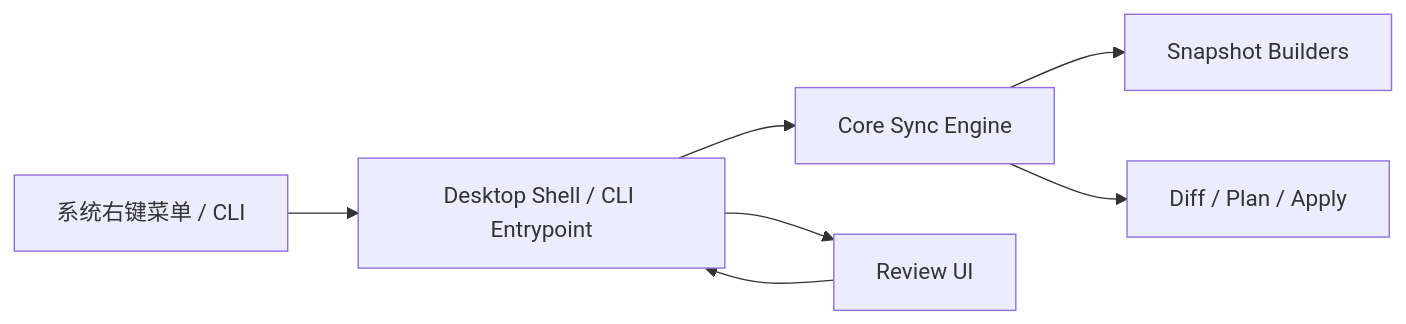
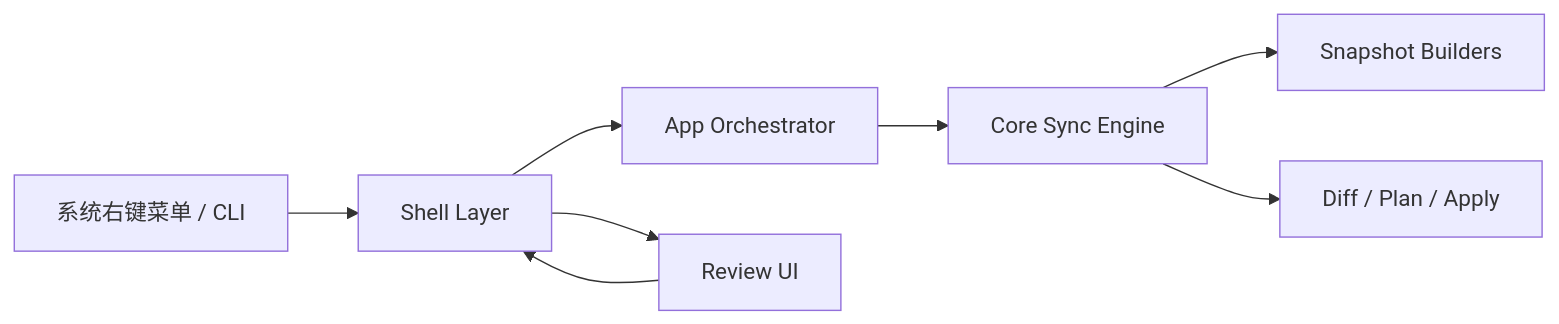
The first of 2 diagrams in docs/Architecture.md (agalloch21/sync-with-rclone), drawn with Mermaid before and after one commit. The commit also changed other lines of this file and 20 other files, not shown here.

````diff
--- a/docs/Architecture.md
+++ b/docs/Architecture.md
@@ -14,9 +14,10 @@
 ```mermaid
 flowchart LR
-  A["系统右键菜单 / CLI"] --> B["Desktop Shell / CLI Entrypoint"]
-  B --> C["Core Sync Engine"]
-  C --> D["Snapshot Builders"]
-  C --> E["Diff / Plan / Apply"]
-  B --> F["Review UI"]
-  F --> B
+  A["系统右键菜单 / CLI"] --> B["Shell Layer"]
+  B --> C["App Orchestrator"]
+  C --> D["Core Sync Engine"]
+  D --> E["Snapshot Builders"]
+  D --> F["Diff / Plan / Apply"]
+  B --> G["Review UI"]
+  G --> B
 ```
````
